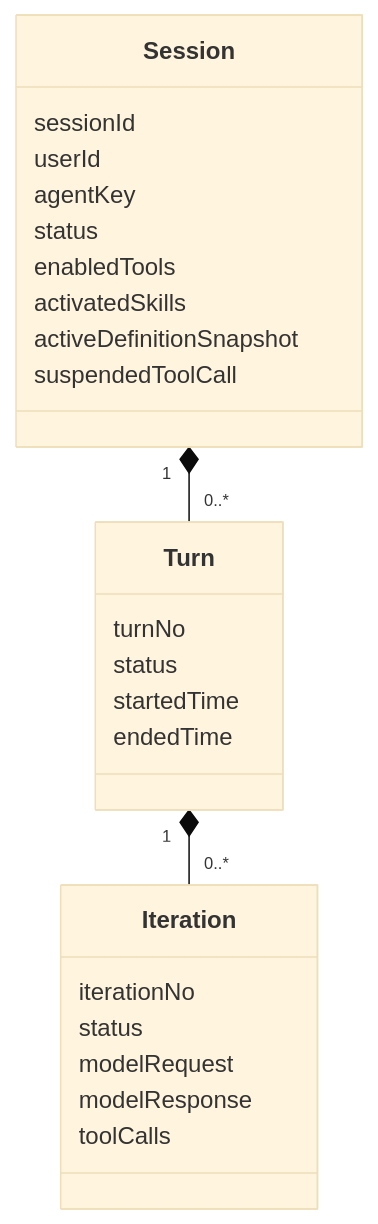
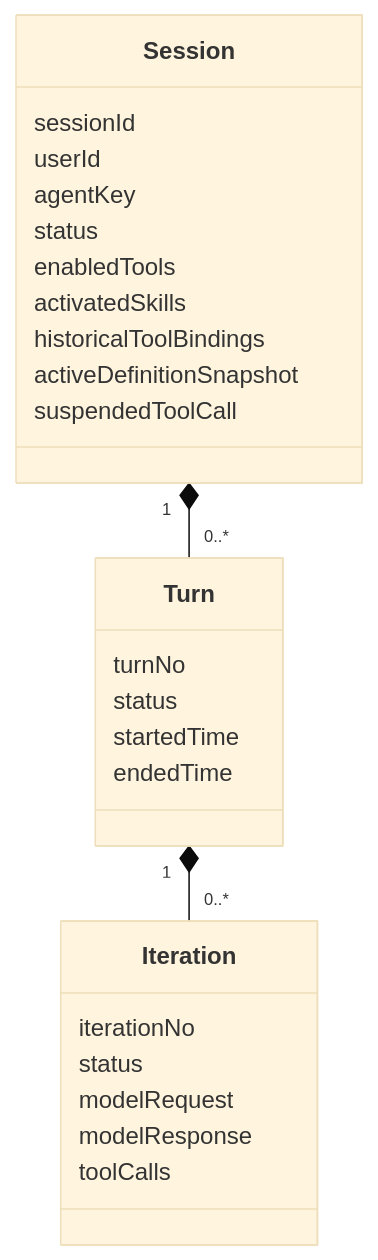
Before and after one commit to gemo12123/apex-agent: the fourth of 8 diagrams in docs/refact/2026-07-30-apex-agent-backend-architecture.md, drawn with Mermaid (base theme). The commit also changed other lines of this file and 17 other files, not shown here.

````diff
--- a/docs/refact/2026-07-30-apex-agent-backend-architecture.md
+++ b/docs/refact/2026-07-30-apex-agent-backend-architecture.md
@@ -348,28 +348,29 @@
 ```mermaid
 classDiagram
     class Session {
         sessionId
         userId
         agentKey
         status
         enabledTools
         activatedSkills
+        historicalToolBindings
         activeDefinitionSnapshot
         suspendedToolCall
     }
     class Turn {
         turnNo
         status
         startedTime
         endedTime
     }
     class Iteration {
         iterationNo
         status
         modelRequest
         modelResponse
         toolCalls
     }
     Session "1" *-- "0..*" Turn
     Turn "1" *-- "0..*" Iteration
 ```
````
